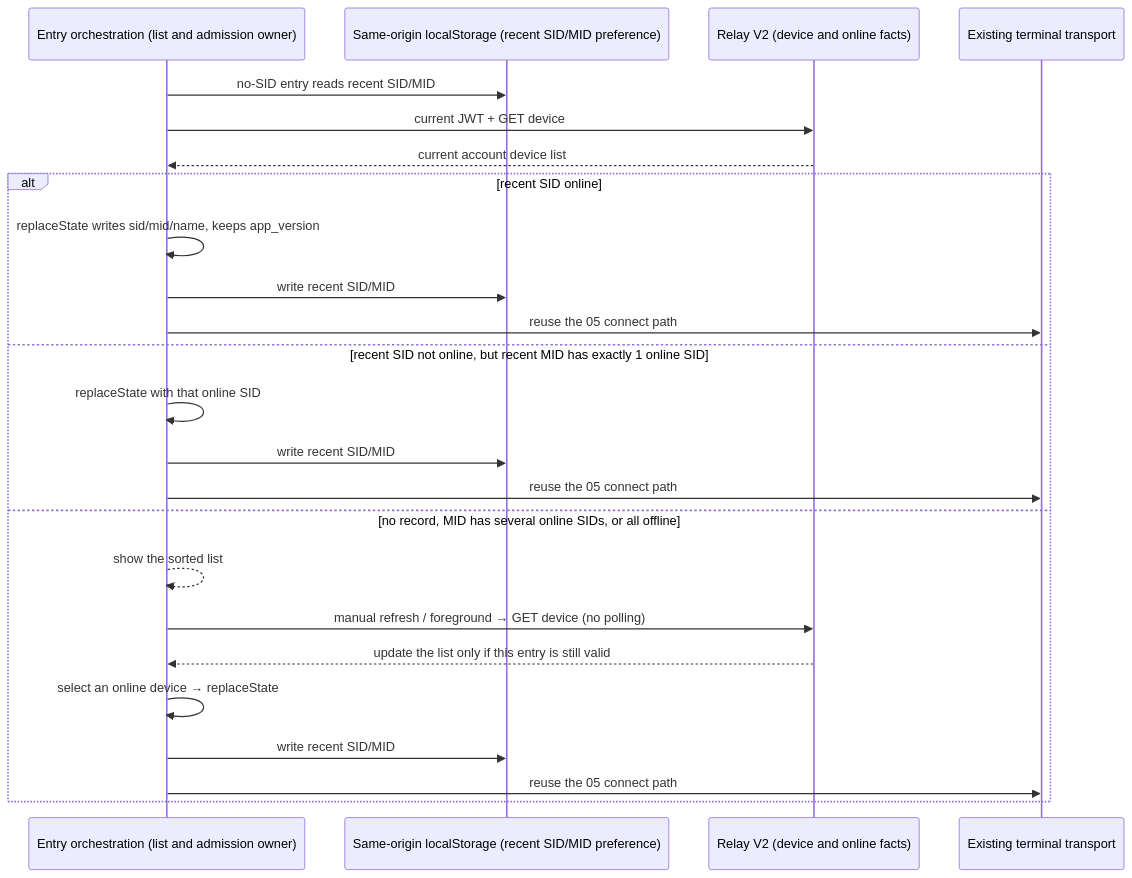
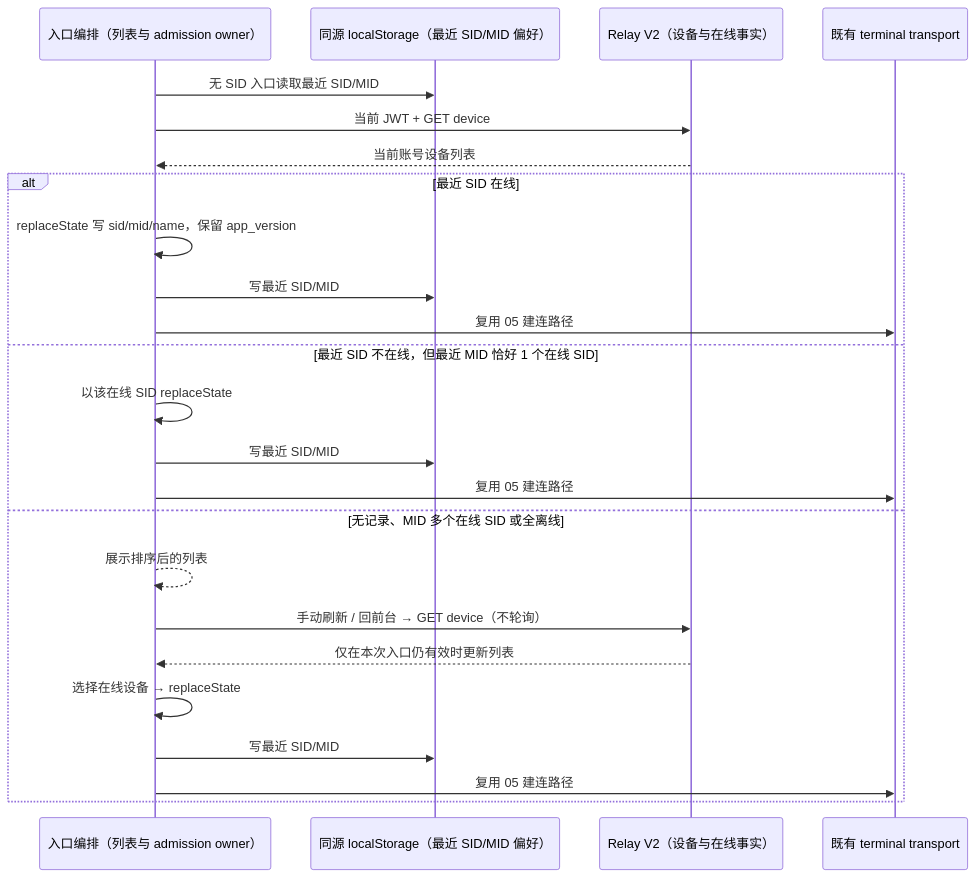
One commit to osben/ZCode changed the sixth of 6 diagrams in docs/web-remote-control/relay-v2-pairing.md. Above: the diagram before and after it, drawn with Mermaid. The commit also changed other lines of this file and 5391 other files, not shown here.

````diff
--- a/docs/web-remote-control/relay-v2-pairing.md
+++ b/docs/web-remote-control/relay-v2-pairing.md
@@ -555,26 +369,26 @@
 ```mermaid
 sequenceDiagram
-    participant P as Entry orchestration (list and admission owner)
-    participant S as Same-origin localStorage (recent SID/MID preference)
-    participant R as Relay V2 (device and online facts)
-    participant T as Existing terminal transport
-    P->>S: no-SID entry reads recent SID/MID
-    P->>R: current JWT + GET device
-    R-->>P: current account device list
-    alt recent SID online
-        P->>P: replaceState writes sid/mid/name, keeps app_version
-        P->>S: write recent SID/MID
-        P->>T: reuse the 05 connect path
-    else recent SID not online, but recent MID has exactly 1 online SID
-        P->>P: replaceState with that online SID
-        P->>S: write recent SID/MID
-        P->>T: reuse the 05 connect path
-    else no record, MID has several online SIDs, or all offline
-        P-->>P: show the sorted list
-        P->>R: manual refresh / foreground → GET device (no polling)
-        R-->>P: update the list only if this entry is still valid
-        P->>P: select an online device → replaceState
-        P->>S: write recent SID/MID
-        P->>T: reuse the 05 connect path
+    participant P as 入口编排（列表与 admission owner）
+    participant S as 同源 localStorage（最近 SID/MID 偏好）
+    participant R as Relay V2（设备与在线事实）
+    participant T as 既有 terminal transport
+    P->>S: 无 SID 入口读取最近 SID/MID
+    P->>R: 当前 JWT + GET device
+    R-->>P: 当前账号设备列表
+    alt 最近 SID 在线
+        P->>P: replaceState 写 sid/mid/name，保留 app_version
+        P->>S: 写最近 SID/MID
+        P->>T: 复用 05 建连路径
+    else 最近 SID 不在线，但最近 MID 恰好 1 个在线 SID
+        P->>P: 以该在线 SID replaceState
+        P->>S: 写最近 SID/MID
+        P->>T: 复用 05 建连路径
+    else 无记录、MID 多个在线 SID 或全离线
+        P-->>P: 展示排序后的列表
+        P->>R: 手动刷新 / 回前台 → GET device（不轮询）
+        R-->>P: 仅在本次入口仍有效时更新列表
+        P->>P: 选择在线设备 → replaceState
+        P->>S: 写最近 SID/MID
+        P->>T: 复用 05 建连路径
     end
 ```
````
